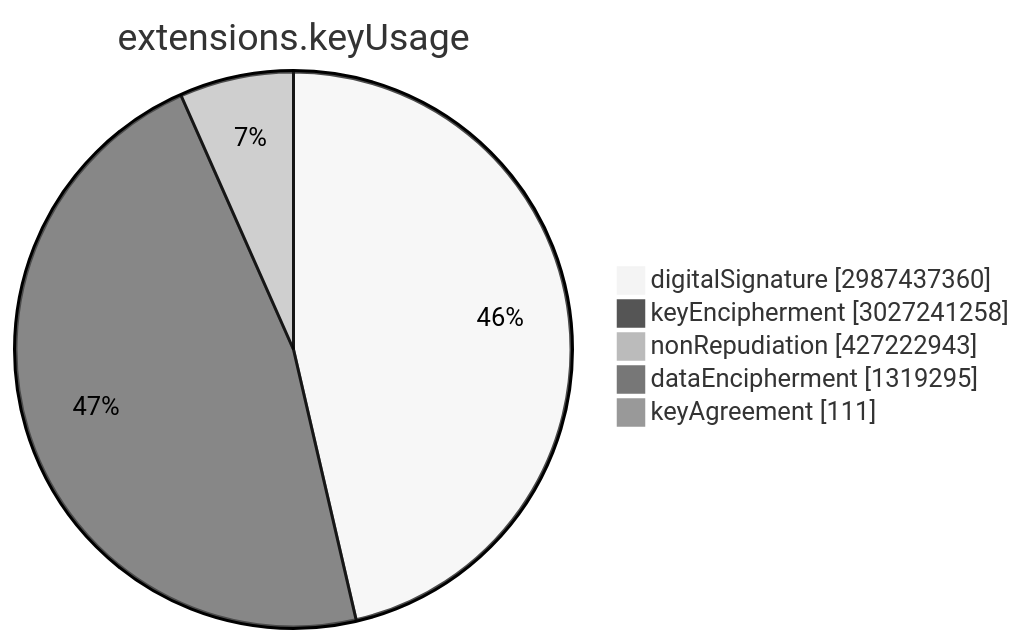
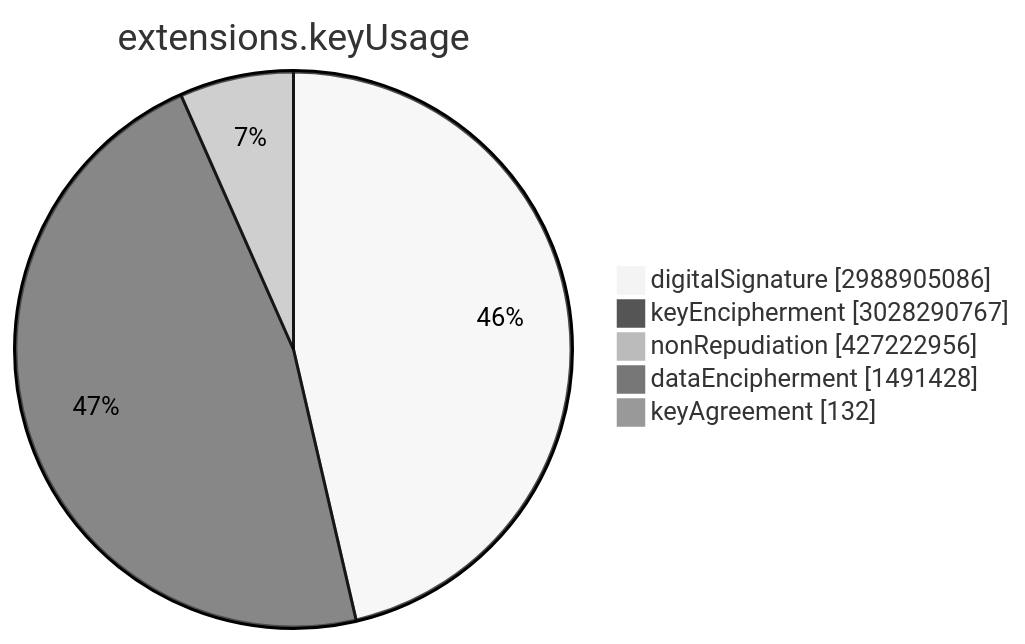
One commit to christiankrug/ctmonitor_visualization changed the sixth of 15 diagrams in TOTAL/README.md. Above: the diagram before and after it, drawn with Mermaid (neutral theme). The commit also changed other lines of this file, not shown here.

````diff
--- a/TOTAL/README.md
+++ b/TOTAL/README.md
@@ -3071,9 +3071,9 @@
 ```mermaid
 pie showData
 title extensions.keyUsage
-"digitalSignature" :2987437360
-"keyEncipherment" :3027241258
-"nonRepudiation" :427222943
-"dataEncipherment" :1319295
-"keyAgreement" :111
+"digitalSignature" :2988905086
+"keyEncipherment" :3028290767
+"nonRepudiation" :427222956
+"dataEncipherment" :1491428
+"keyAgreement" :132
 ```
````
